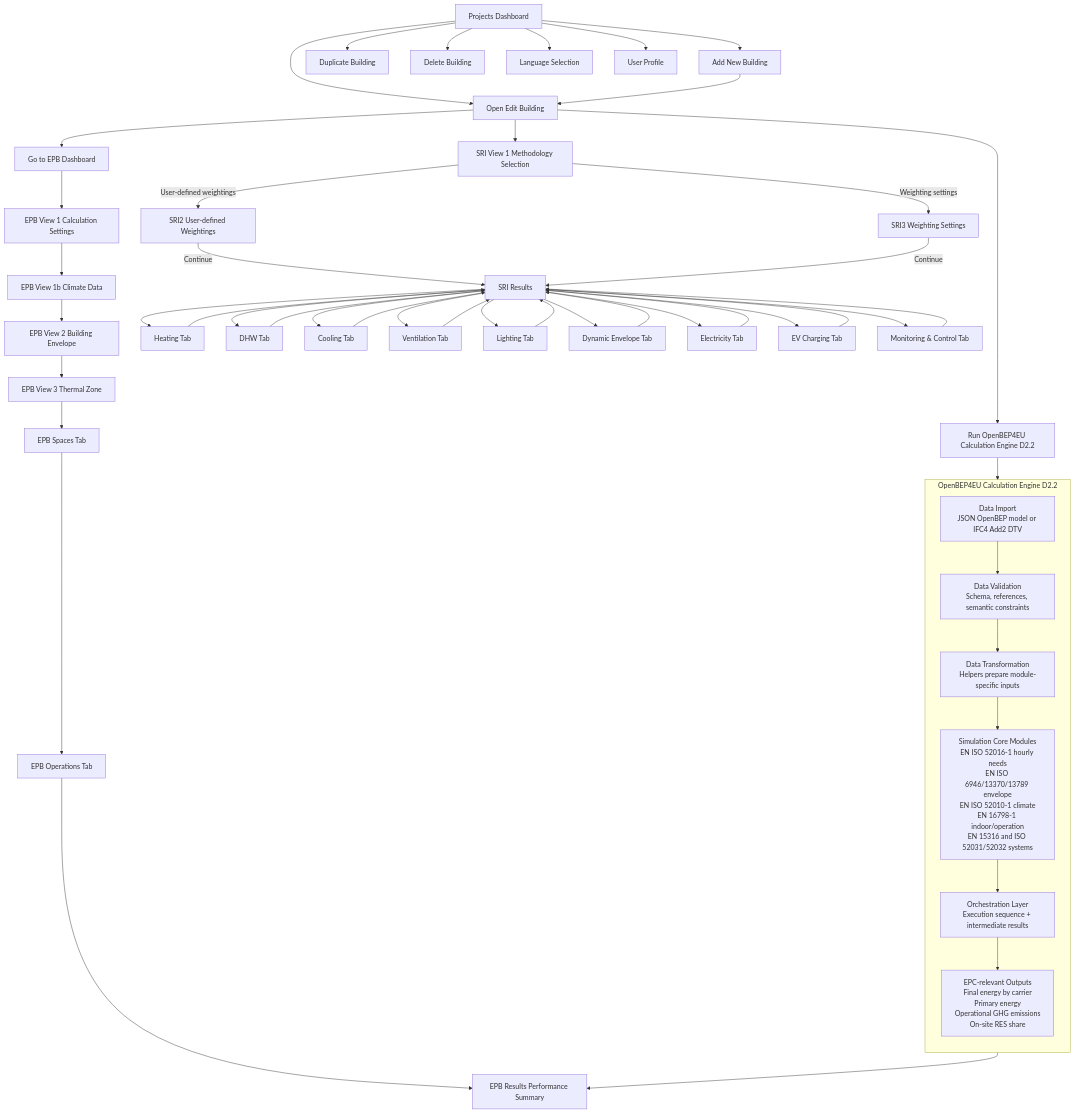
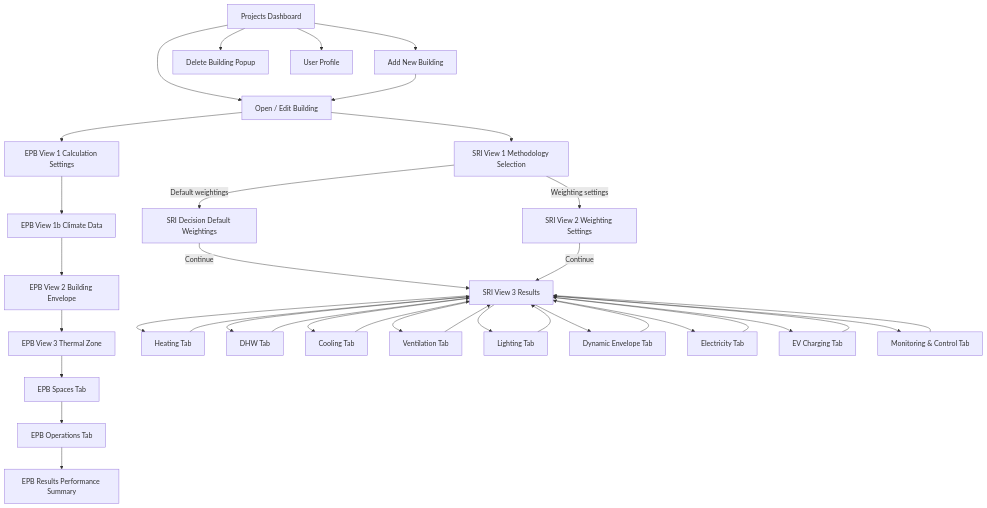
The diagram in plan.mmd (pantazis/-building-performance-app), drawn with Mermaid before and after one commit. The commit also changed 15 other files, not shown here.

```diff
--- a/plan.mmd
+++ b/plan.mmd
@@ -1,62 +1,43 @@
 flowchart TD
 
 A[Projects Dashboard] --> B[Add New Building]
-A --> C[Open Edit Building]
-A --> D[Duplicate Building]
-A --> E[Delete Building]
-A --> G[Language Selection]
+A --> C[Open / Edit Building]
+A --> E[Delete Building Popup]
 A --> H[User Profile]
 
 B --> C
 
-C --> J[Go to EPB Dashboard]
 C --> SRI1[SRI View 1 Methodology Selection]
+C --> EPB1[EPB View 1 Calculation Settings]
 
-J --> EPB1[EPB View 1 Calculation Settings]
 EPB1 --> EPB1B[EPB View 1b Climate Data]
 EPB1B --> EPB2[EPB View 2 Building Envelope]
 EPB2 --> EPB3[EPB View 3 Thermal Zone]
 EPB3 --> EPBSPACES[EPB Spaces Tab]
 EPBSPACES --> EPBOPS[EPB Operations Tab]
 EPBOPS --> EPB4[EPB Results Performance Summary]
 
-SRI1 -->|User-defined weightings| SRI2[SRI2 User-defined Weightings]
-SRI1 -->|Weighting settings| SRI3[SRI3 Weighting Settings]
+SRI1 -->|Default weightings| SRI2[SRI Decision Default Weightings]
+SRI1 -->|Weighting settings| SRI3[SRI View 2 Weighting Settings]
 SRI2 -->|Continue| SRI14[SRI14 Results]
 SRI3 -->|Continue| SRI14
 
 SRI14 --> SRI5[Heating Tab]
 SRI14 --> SRI6[DHW Tab]
 SRI14 --> SRI7[Cooling Tab]
 SRI14 --> SRI8[Ventilation Tab]
 SRI14 --> SRI9[Lighting Tab]
 SRI14 --> SRI10[Dynamic Envelope Tab]
 SRI14 --> SRI11[Electricity Tab]
 SRI14 --> SRI12[EV Charging Tab]
 SRI14 --> SRI13[Monitoring & Control Tab]
 
-SRI5 --> SRI14[SRI Results]
-SRI6 --> SRI14[SRI Results]
-SRI7 --> SRI14[SRI Results]
-SRI8 --> SRI14[SRI Results]
-SRI9 --> SRI14[SRI Results]
-SRI10 --> SRI14[SRI Results]
-SRI11 --> SRI14[SRI Results]
-SRI12 --> SRI14[SRI Results]
-SRI13 --> SRI14[SRI Results]
-
-%% D2.2 Advanced EU Kernel EPC Engine integration
-C --> CE0[Run OpenBEP4EU Calculation Engine D2.2]
-
-subgraph CE[OpenBEP4EU Calculation Engine D2.2]
-direction TB
-CE1[Data Import\nJSON OpenBEP model or IFC4 Add2 DTV]
-CE2[Data Validation\nSchema, references, semantic constraints]
-CE3[Data Transformation\nHelpers prepare module-specific inputs]
-CE4[Simulation Core Modules\nEN ISO 52016-1 hourly needs\nEN ISO 6946/13370/13789 envelope\nEN ISO 52010-1 climate\nEN 16798-1 indoor/operation\nEN 15316 and ISO 52031/52032 systems]
-CE5[Orchestration Layer\nExecution sequence + intermediate results]
-CE6[EPC-relevant Outputs\nFinal energy by carrier\nPrimary energy\nOperational GHG emissions\nOn-site RES share]
-end
-
-CE0 --> CE1 --> CE2 --> CE3 --> CE4 --> CE5 --> CE6
-CE6 --> EPB4
+SRI5 --> SRI14[SRI View 3 Results]
+SRI6 --> SRI14[SRI View 3 Results]
+SRI7 --> SRI14[SRI View 3 Results]
+SRI8 --> SRI14[SRI View 3 Results]
+SRI9 --> SRI14[SRI View 3 Results]
+SRI10 --> SRI14[SRI View 3 Results]
+SRI11 --> SRI14[SRI View 3 Results]
+SRI12 --> SRI14[SRI View 3 Results]
+SRI13 --> SRI14[SRI View 3 Results]
```
